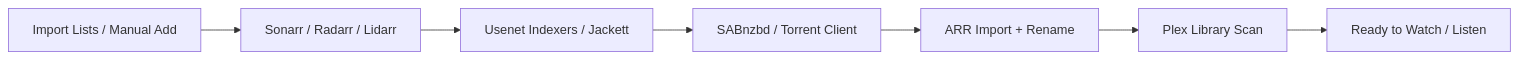
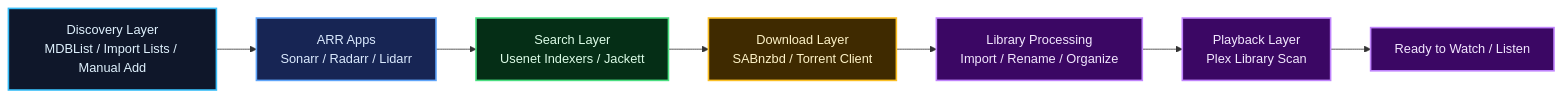
The diagram in README.md (Shadow2442/slimshadys-arr-setup-guide), drawn with Mermaid before and after one commit. The commit also changed 1 other file, not shown here.

Commit message:
Polish setup flowchart styling

````diff
--- a/README.md
+++ b/README.md
@@ -115,9 +115,21 @@
 ```mermaid
 flowchart LR
-    A["Import Lists / Manual Add"] --> B["Sonarr / Radarr / Lidarr"]
-    B --> C["Usenet Indexers / Jackett"]
-    C --> D["SABnzbd / Torrent Client"]
-    D --> E["ARR Import + Rename"]
-    E --> F["Plex Library Scan"]
+    classDef source fill:#0f172a,stroke:#38bdf8,stroke-width:2px,color:#e0f2fe
+    classDef arr fill:#172554,stroke:#60a5fa,stroke-width:2px,color:#dbeafe
+    classDef search fill:#052e16,stroke:#4ade80,stroke-width:2px,color:#dcfce7
+    classDef download fill:#3f2a00,stroke:#fbbf24,stroke-width:2px,color:#fef3c7
+    classDef library fill:#3b0764,stroke:#c084fc,stroke-width:2px,color:#f3e8ff
+
+    A["Discovery Layer<br/>MDBList / Import Lists / Manual Add"] --> B["ARR Apps<br/>Sonarr / Radarr / Lidarr"]
+    B --> C["Search Layer<br/>Usenet Indexers / Jackett"]
+    C --> D["Download Layer<br/>SABnzbd / Torrent Client"]
+    D --> E["Library Processing<br/>Import / Rename / Organize"]
+    E --> F["Playback Layer<br/>Plex Library Scan"]
     F --> G["Ready to Watch / Listen"]
+
+    class A source
+    class B arr
+    class C search
+    class D download
+    class E,F,G library
 ```
````
